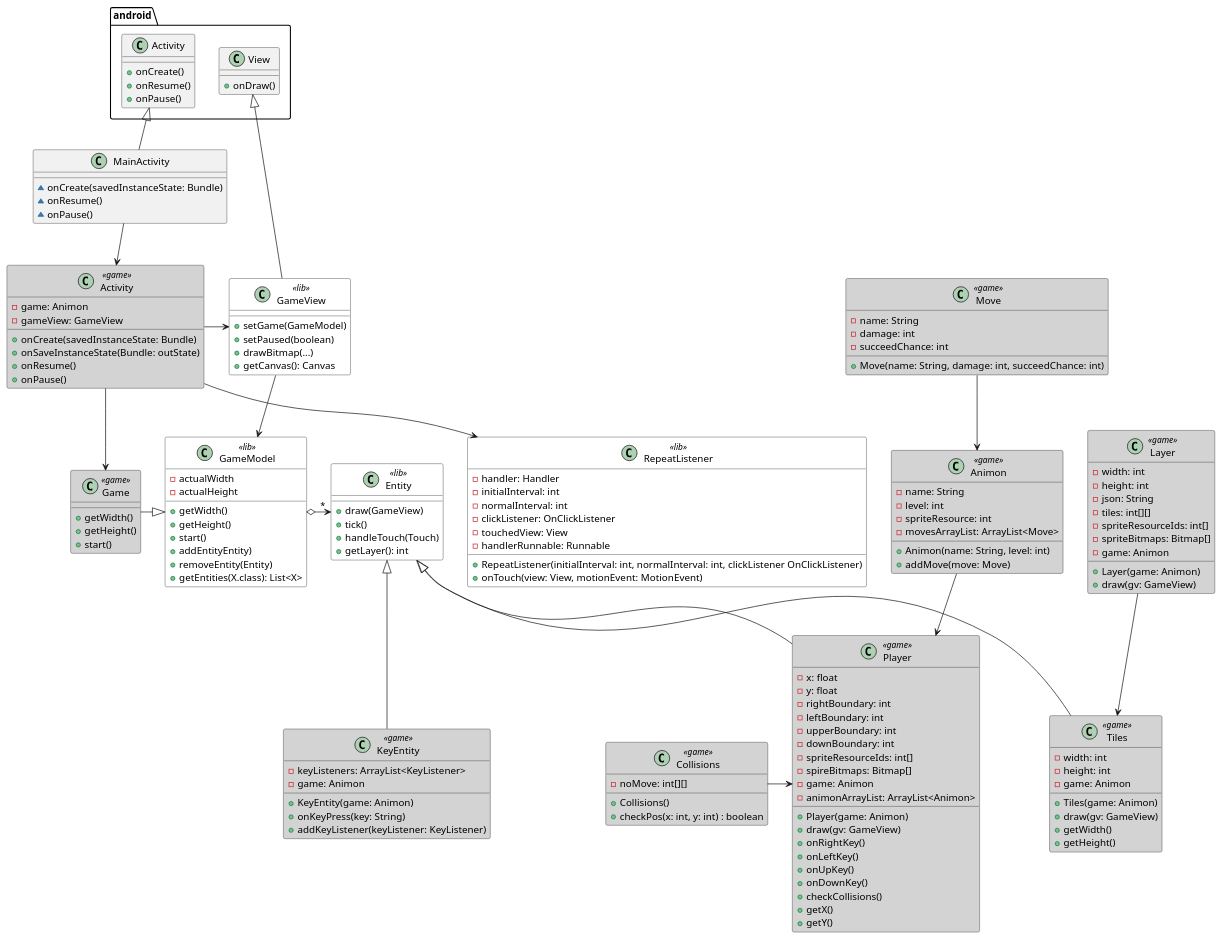
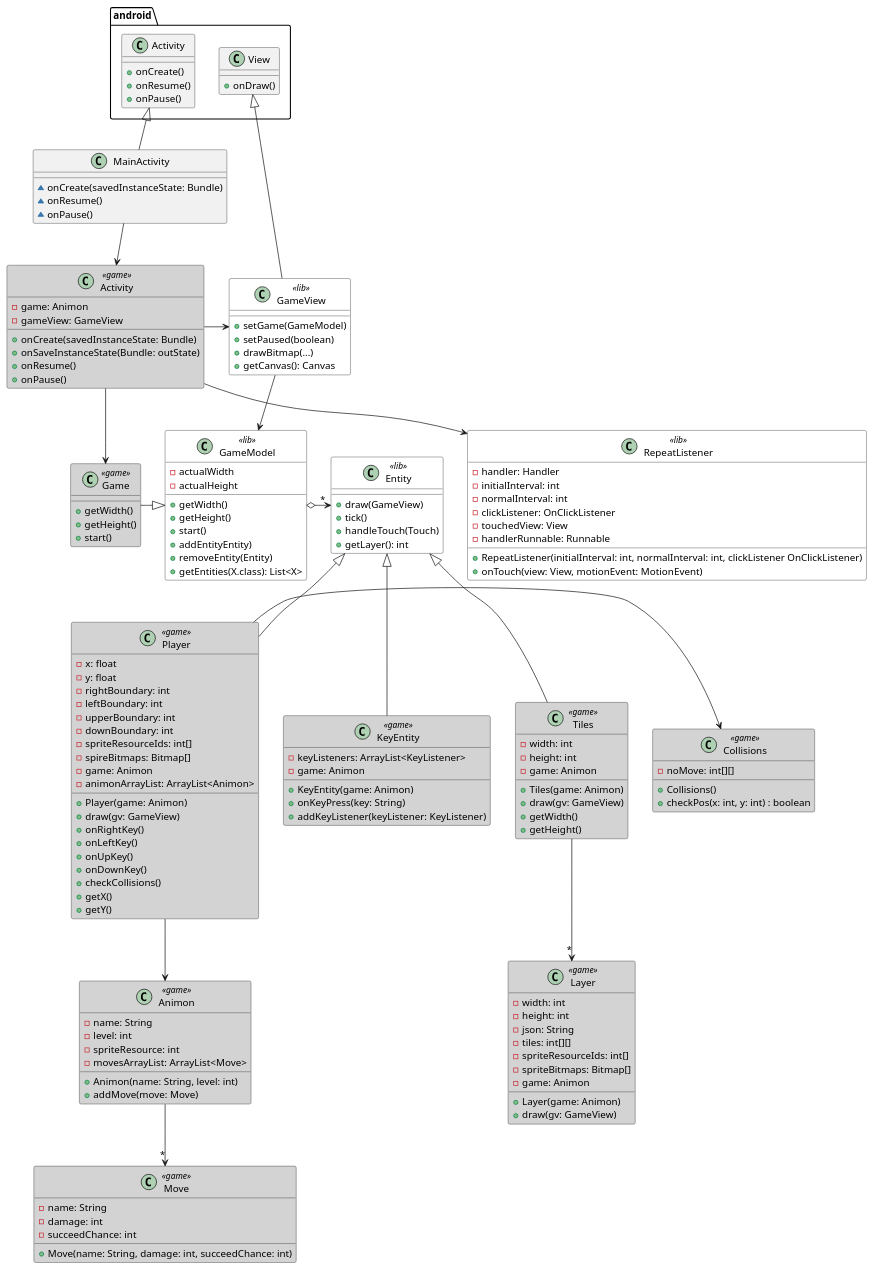
One commit to BitSemih/Animon changed the diagram in doc/technical-design.md. Above: the diagram before and after it, drawn with PlantUML.

Commit message:
Updated the technical design

```diff
--- a/doc/technical-design.md
+++ b/doc/technical-design.md
@@ -148,10 +148,10 @@
 Entity <|-- KeyEntity
 Entity <|-- Tiles
 
-Move --> Animon
-Layer --> Tiles
-Animon --> Player
-Collisions -> Player
+Animon --> "*" Move
+Tiles --> "*" Layer
+Player --> Animon
+Player -> Collisions
 
 MainActivity --> Activity
 Activity --> Game
```
